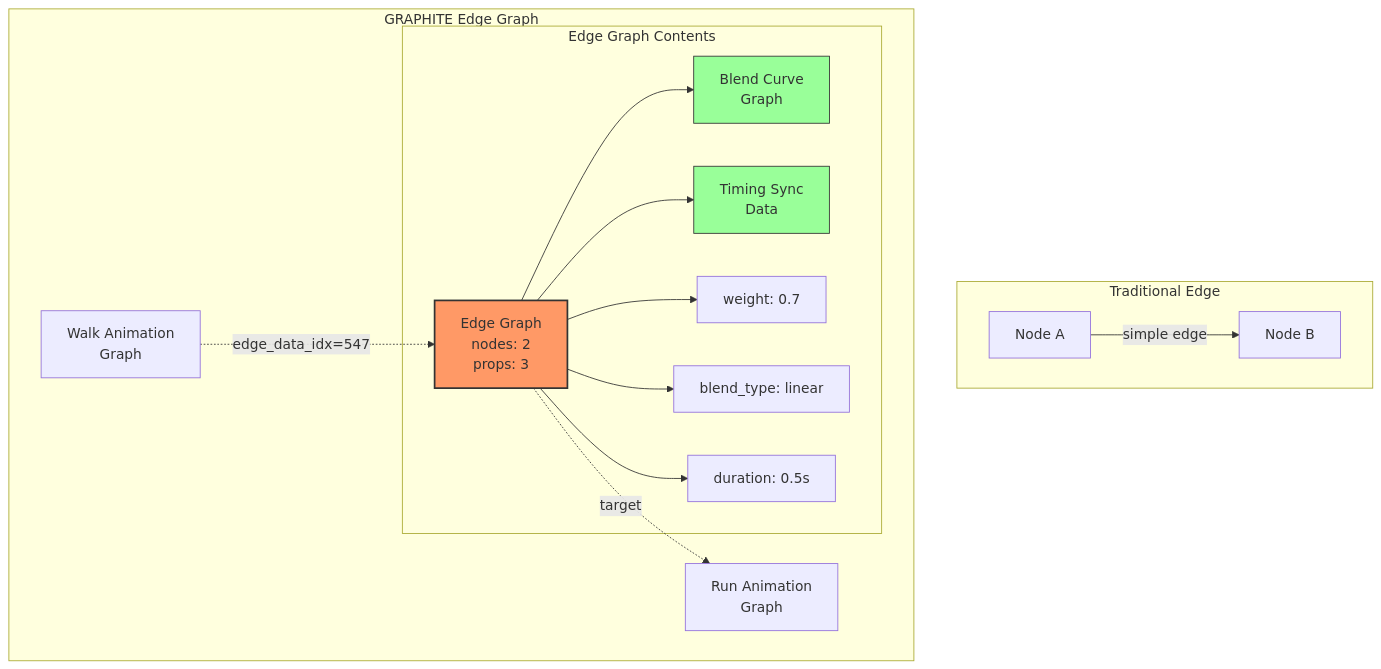
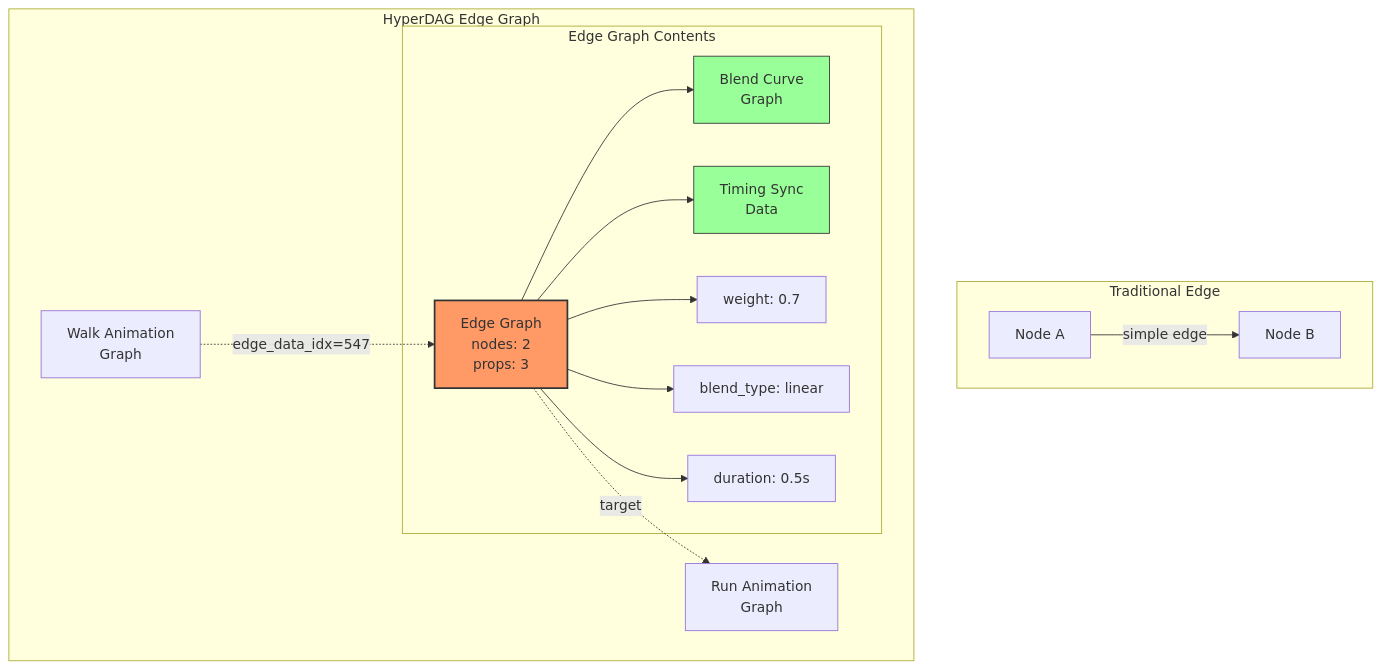
Before and after one commit to turtlgraph/docs: the fourth of 9 diagrams in volumes/volume-1-foundation/part-2-data-runtime.md, drawn with Mermaid. The commit also changed other lines of this file and 10 other files, not shown here.

First line of the commit message:
docs: Replace all GRAPHITE references with TurtlGraph/HyperDAG

````diff
--- a/volumes/volume-1-foundation/part-2-data-runtime.md
+++ b/volumes/volume-1-foundation/part-2-data-runtime.md
@@ -312,27 +312,27 @@
 ```mermaid
 graph TB
     subgraph "Traditional Edge"
         TN1["Node A"] -->|"simple edge"| TN2["Node B"]
     end
     
-    subgraph "GRAPHITE Edge Graph"
+    subgraph "HyperDAG Edge Graph"
         GN1["Walk Animation<br/>Graph"]
         GN2["Run Animation<br/>Graph"]
         EG["Edge Graph<br/>nodes: 2<br/>props: 3"]
         
         GN1 -.->|"edge_data_idx=547"| EG
         EG -.->|"target"| GN2
         
         subgraph "Edge Graph Contents"
             EG --> BC["Blend Curve<br/>Graph"]
             EG --> TS["Timing Sync<br/>Data"]
             EG --> P1["weight: 0.7"]
             EG --> P2["blend_type: linear"]
             EG --> P3["duration: 0.5s"]
         end
         
         style EG fill:#f96,stroke:#333,stroke-width:2px
         style BC fill:#9f9,stroke:#333,stroke-width:1px
         style TS fill:#9f9,stroke:#333,stroke-width:1px
     end
 ```
````
